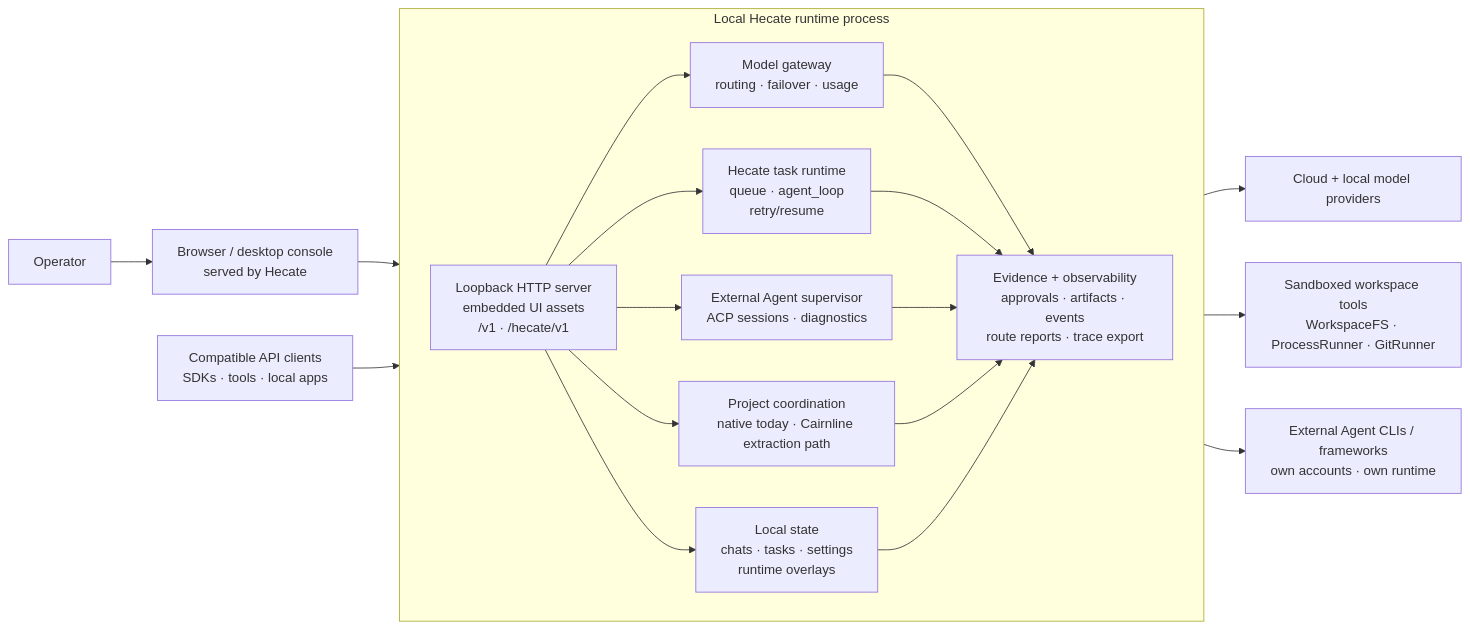
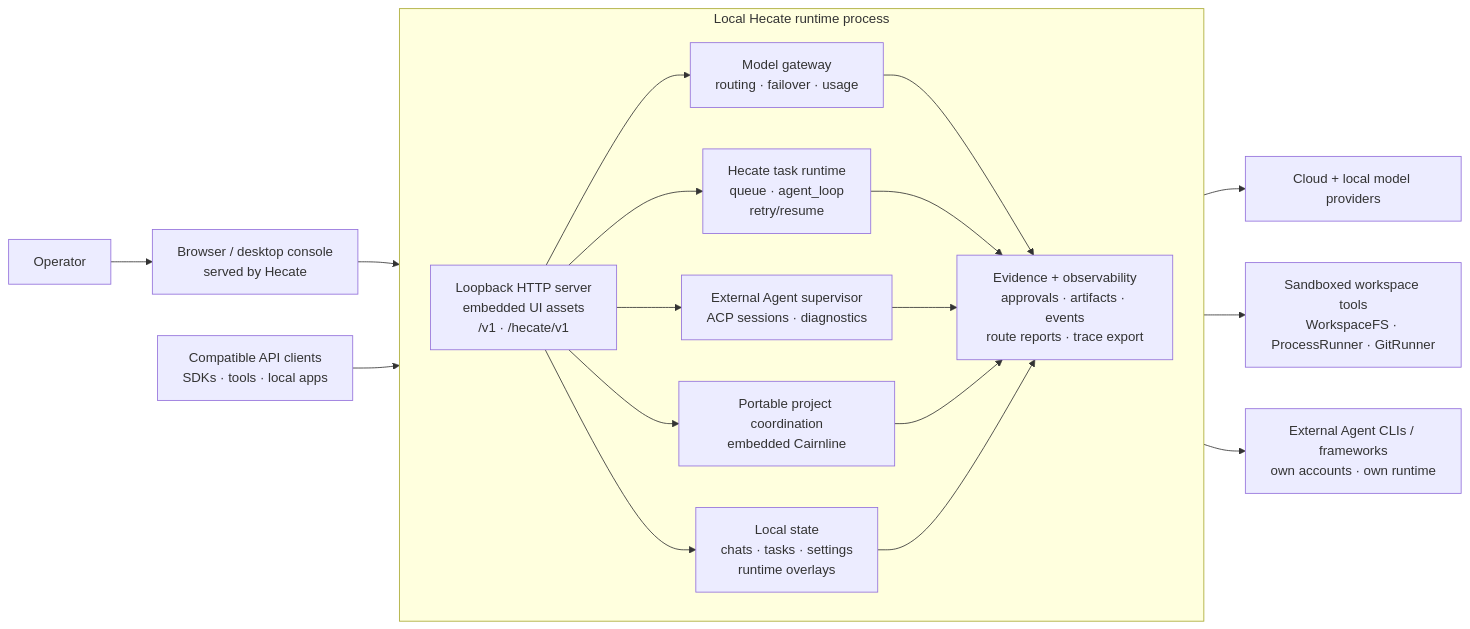
The first of 2 diagrams in README.md (hecatehq/hecate), drawn with Mermaid before and after one commit. The commit also changed other lines of this file and 15 other files, not shown here.

Commit message:
docs(projects): document the Cairnline authority boundary

````diff
--- a/README.md
+++ b/README.md
@@ -111,37 +111,37 @@
 ```mermaid
 flowchart LR
     Operator["Operator"] --> Console["Browser / desktop console<br/>served by Hecate"]
     APIClients["Compatible API clients<br/>SDKs · tools · local apps"]
 
     subgraph HecateProcess["Local Hecate runtime process"]
         direction LR
         HTTP["Loopback HTTP server<br/>embedded UI assets<br/>/v1 · /hecate/v1"]
         Gateway["Model gateway<br/>routing · failover · usage"]
         TaskRuntime["Hecate task runtime<br/>queue · agent_loop<br/>retry/resume"]
         AgentSupervisor["External Agent supervisor<br/>ACP sessions · diagnostics"]
         State["Local state<br/>chats · tasks · settings<br/>runtime overlays"]
-        Projects["Project coordination<br/>native today · Cairnline extraction path"]
+        Projects["Portable project coordination<br/>embedded Cairnline"]
         Evidence["Evidence + observability<br/>approvals · artifacts · events<br/>route reports · trace export"]
 
         HTTP --> Gateway
         HTTP --> TaskRuntime
         HTTP --> AgentSupervisor
         HTTP --> State
         HTTP --> Projects
         Gateway --> Evidence
         TaskRuntime --> Evidence
         AgentSupervisor --> Evidence
         Projects --> Evidence
         State --> Evidence
     end
 
     Providers["Cloud + local model providers"]
     Tools["Sandboxed workspace tools<br/>WorkspaceFS · ProcessRunner · GitRunner"]
     ExternalCLIs["External Agent CLIs / frameworks<br/>own accounts · own runtime"]
 
     Console --> HTTP
     APIClients --> HTTP
     Gateway --> Providers
     TaskRuntime --> Tools
     AgentSupervisor --> ExternalCLIs
 ```
````
